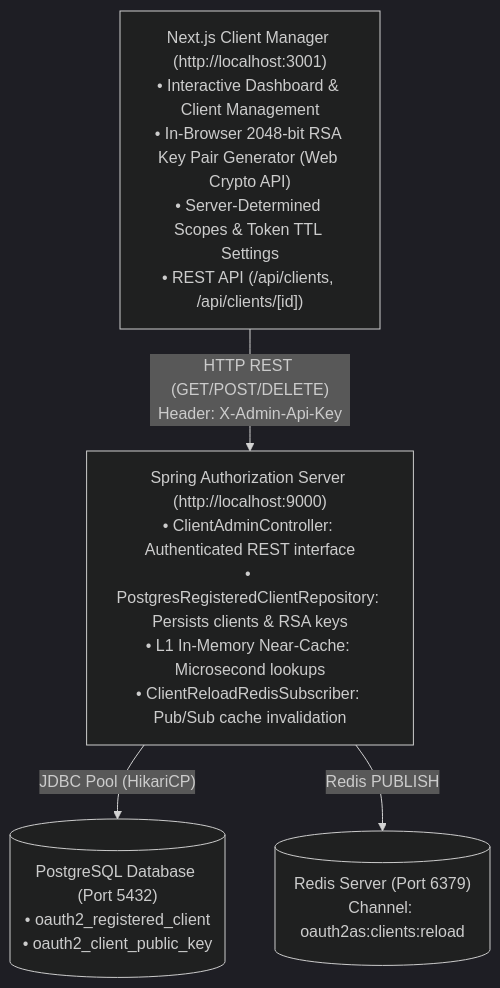
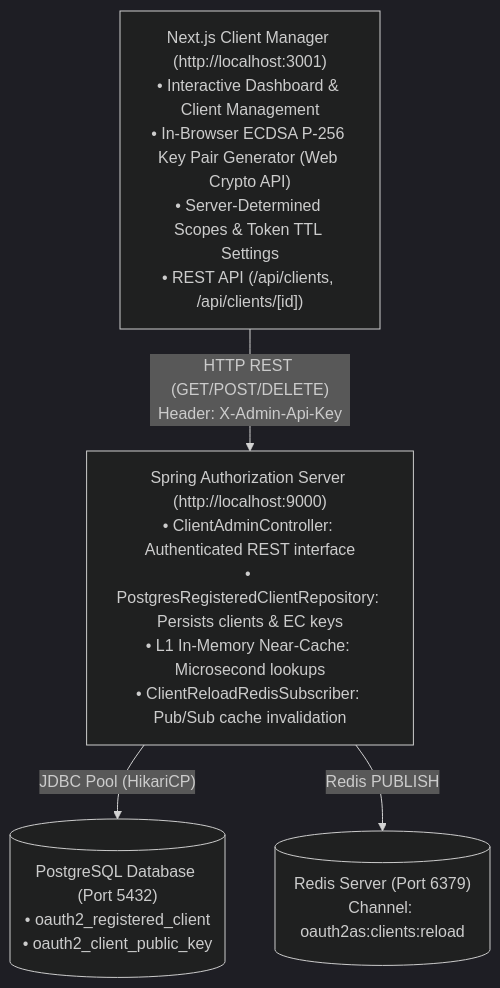
One commit to shoeyn/oauth-server changed the diagram in client-manager/README.md. Above: the diagram before and after it, drawn with Mermaid (dark theme). The commit also changed other lines of this file and 48 other files, not shown here.

````diff
--- a/client-manager/README.md
+++ b/client-manager/README.md
@@ -12,14 +12,14 @@
 ```mermaid
 graph TD
-    ClientManager["Next.js Client Manager (http://localhost:3001)<br/>• Interactive Dashboard & Client Management<br/>• In-Browser 2048-bit RSA Key Pair Generator (Web Crypto API)<br/>• Server-Determined Scopes & Token TTL Settings<br/>• REST API (/api/clients, /api/clients/[id])"]
+    ClientManager["Next.js Client Manager (http://localhost:3001)<br/>• Interactive Dashboard & Client Management<br/>• In-Browser ECDSA P-256 Key Pair Generator (Web Crypto API)<br/>• Server-Determined Scopes & Token TTL Settings<br/>• REST API (/api/clients, /api/clients/[id])"]
 
-    SpringAS["Spring Authorization Server (http://localhost:9000)<br/>• ClientAdminController: Authenticated REST interface<br/>• PostgresRegisteredClientRepository: Persists clients & RSA keys<br/>• L1 In-Memory Near-Cache: Microsecond lookups<br/>• ClientReloadRedisSubscriber: Pub/Sub cache invalidation"]
+    SpringAS["Spring Authorization Server (http://localhost:9000)<br/>• ClientAdminController: Authenticated REST interface<br/>• PostgresRegisteredClientRepository: Persists clients & EC keys<br/>• L1 In-Memory Near-Cache: Microsecond lookups<br/>• ClientReloadRedisSubscriber: Pub/Sub cache invalidation"]
 
     Postgres[("PostgreSQL Database (Port 5432)<br/>• oauth2_registered_client<br/>• oauth2_client_public_key")]
 
     Redis[("Redis Server (Port 6379)<br/>Channel: oauth2as:clients:reload")]
 
     ClientManager -- "HTTP REST (GET/POST/DELETE)<br/>Header: X-Admin-Api-Key" --> SpringAS
     SpringAS -- "JDBC Pool (HikariCP)" --> Postgres
     SpringAS -- "Redis PUBLISH" --> Redis
 ```
````
